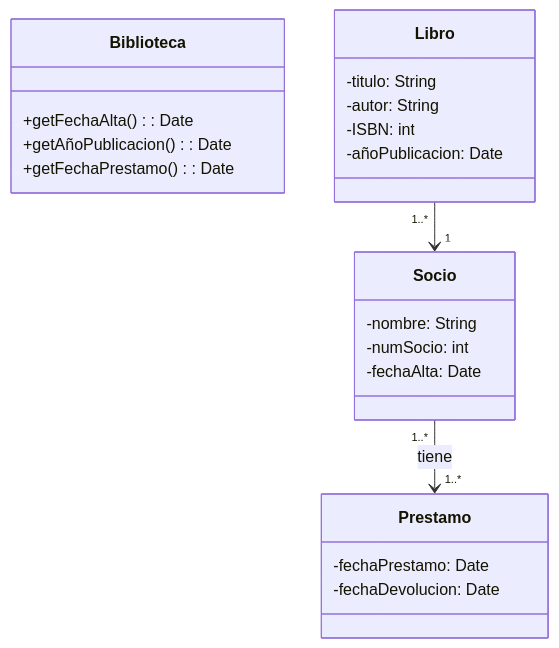
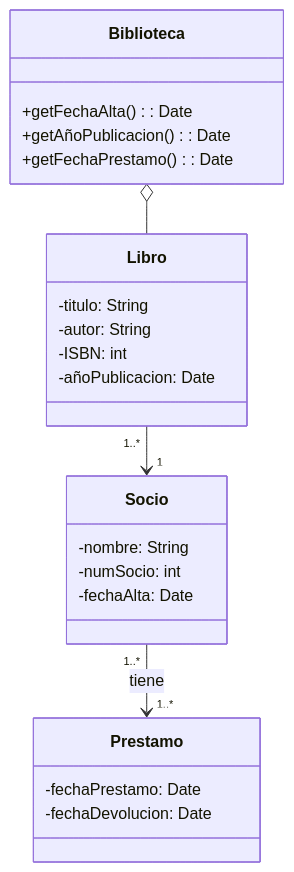
The diagram in 0301.mmd (SirAivan/CD_Tema2_Ejercicios), drawn with Mermaid before and after one commit. The commit also changed 2 other files, not shown here.

```diff
--- a/0301.mmd
+++ b/0301.mmd
@@ -1,28 +1,28 @@
 classDiagram
 
     class Biblioteca{
         +getFechaAlta (): Date
         +getAñoPublicacion (): Date
         +getFechaPrestamo (): Date
     }
 
     class Libro{
         -titulo: String
         -autor: String
         -ISBN: int
         -añoPublicacion: Date
     }
 
     class Socio{
         -nombre: String
         -numSocio: int
         -fechaAlta: Date
     }
 
     class Prestamo{
         -fechaPrestamo: Date
         -fechaDevolucion: Date
     }
-
+    Biblioteca o-- Libro
     Socio "1..*"-->"1..*" Prestamo : tiene
     Libro "1..*"-->"1" Socio
```
